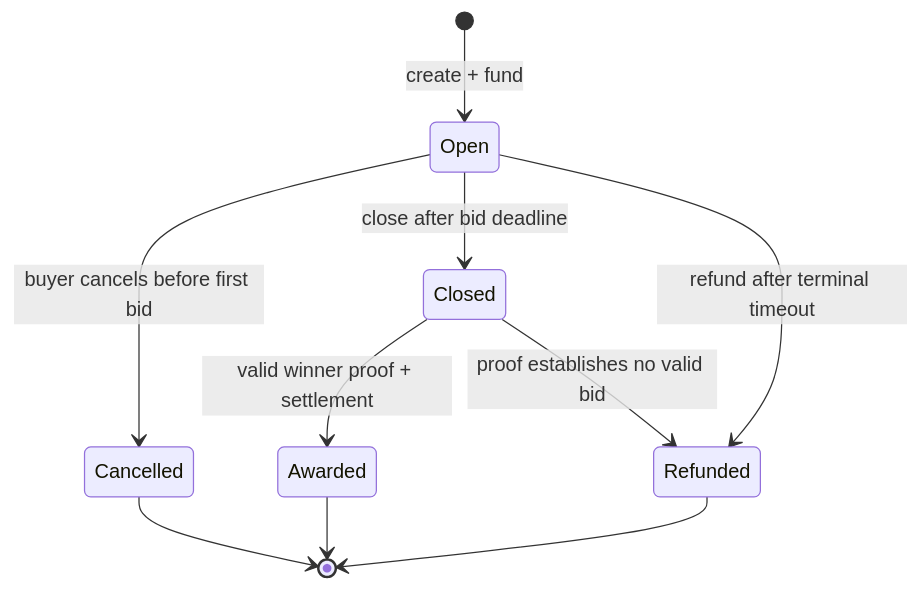
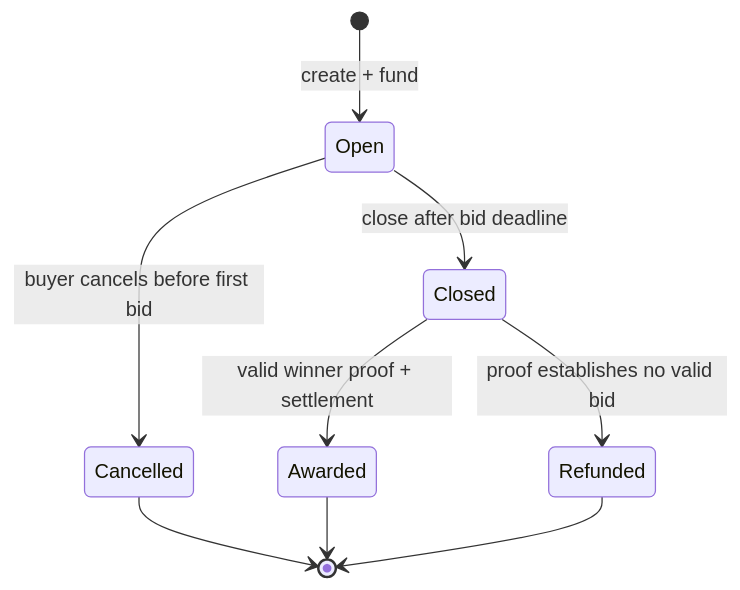
Before and after one commit to huutrungle2001/Veilbid: the diagram in docs/contract-spec.md, drawn with Mermaid. The commit also changed other lines of this file and 4 other files, not shown here.

````diff
--- a/docs/contract-spec.md
+++ b/docs/contract-spec.md
@@ -40,12 +39,11 @@
 ```mermaid
 stateDiagram-v2
     [*] --> Open: create + fund
     Open --> Closed: close after bid deadline
     Open --> Cancelled: buyer cancels before first bid
     Closed --> Awarded: valid winner proof + settlement
     Closed --> Refunded: proof establishes no valid bid
-    Open --> Refunded: refund after terminal timeout
     Cancelled --> [*]
     Awarded --> [*]
     Refunded --> [*]
 ```
````
